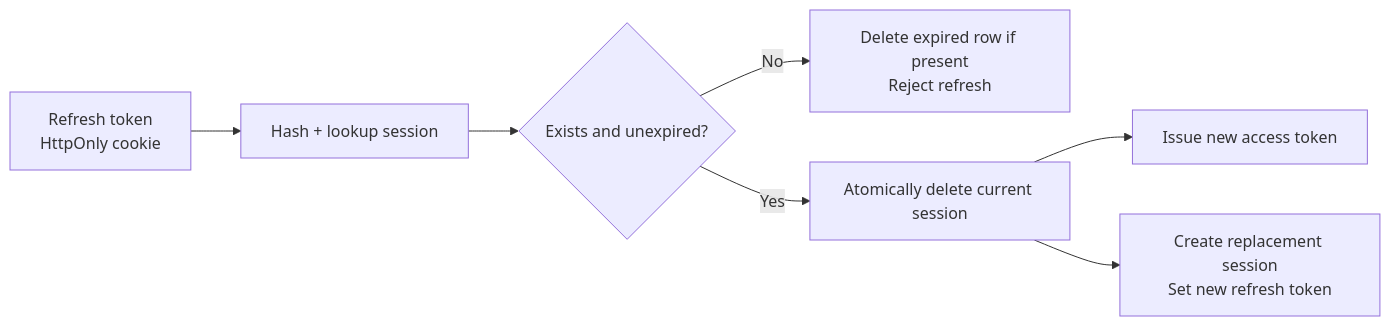
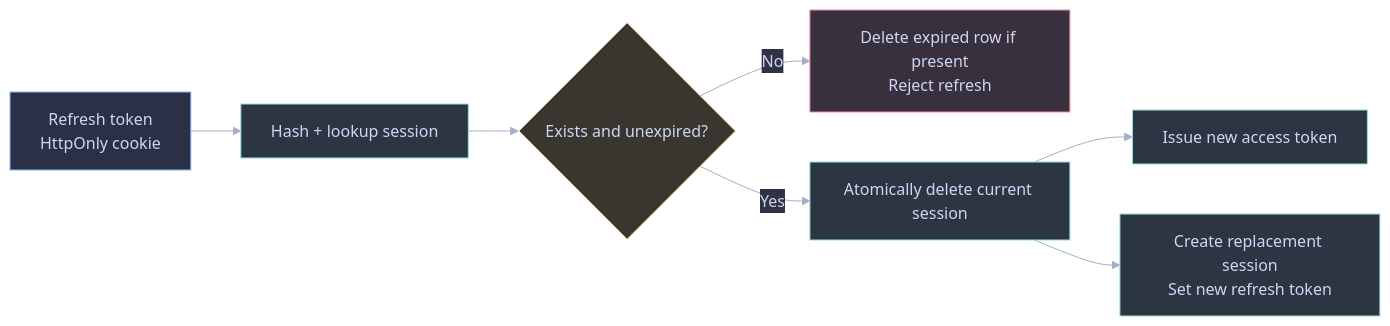
The fourth of 5 diagrams in server/AGENTS.md (RyxnDmello/atlas), drawn with Mermaid before and after one commit. The commit also changed other lines of this file and 46 other files, not shown here.

````diff
--- a/server/AGENTS.md
+++ b/server/AGENTS.md
@@ -505,9 +559,21 @@
 ```mermaid
+%%{init: {'theme': 'base', 'themeVariables': {'background': '#1e1e2e', 'primaryColor': '#45475a', 'primaryTextColor': '#cdd6f4', 'primaryBorderColor': '#89b4fa', 'lineColor': '#a6adc8', 'secondaryColor': '#313244', 'tertiaryColor': '#181825', 'fontFamily': 'Inter, sans-serif'}}}%%
 flowchart LR
     Cookie["Refresh token<br/>HttpOnly cookie"] --> Lookup["Hash + lookup session"]
     Lookup --> Valid{"Exists and unexpired?"}
     Valid -- No --> Cleanup["Delete expired row if present<br/>Reject refresh"]
     Valid -- Yes --> Consume["Atomically delete current session"]
     Consume --> Access["Issue new access token"]
     Consume --> Replace["Create replacement session<br/>Set new refresh token"]
+    class Cookie client;
+    class Lookup,Consume,Access,Replace service;
+    class Valid caution;
+    class Cleanup denied;
+    classDef client fill:#2b3046,stroke:#89b4fa,stroke-width:1px,color:#cdd6f4;
+    classDef service fill:#2c3642,stroke:#94e2d5,stroke-width:1px,color:#cdd6f4;
+    classDef storage fill:#332e46,stroke:#cba6f7,stroke-width:1px,color:#cdd6f4;
+    classDef verified fill:#2e363c,stroke:#a6e3a1,stroke-width:1px,color:#cdd6f4;
+    classDef planned fill:#30323f,stroke:#b4befe,stroke-width:1px,color:#cdd6f4;
+    classDef caution fill:#38362e,stroke:#f9e2af,stroke-width:1px,color:#cdd6f4;
+    classDef denied fill:#39303d,stroke:#f38ba8,stroke-width:1px,color:#cdd6f4;
 ```
````
